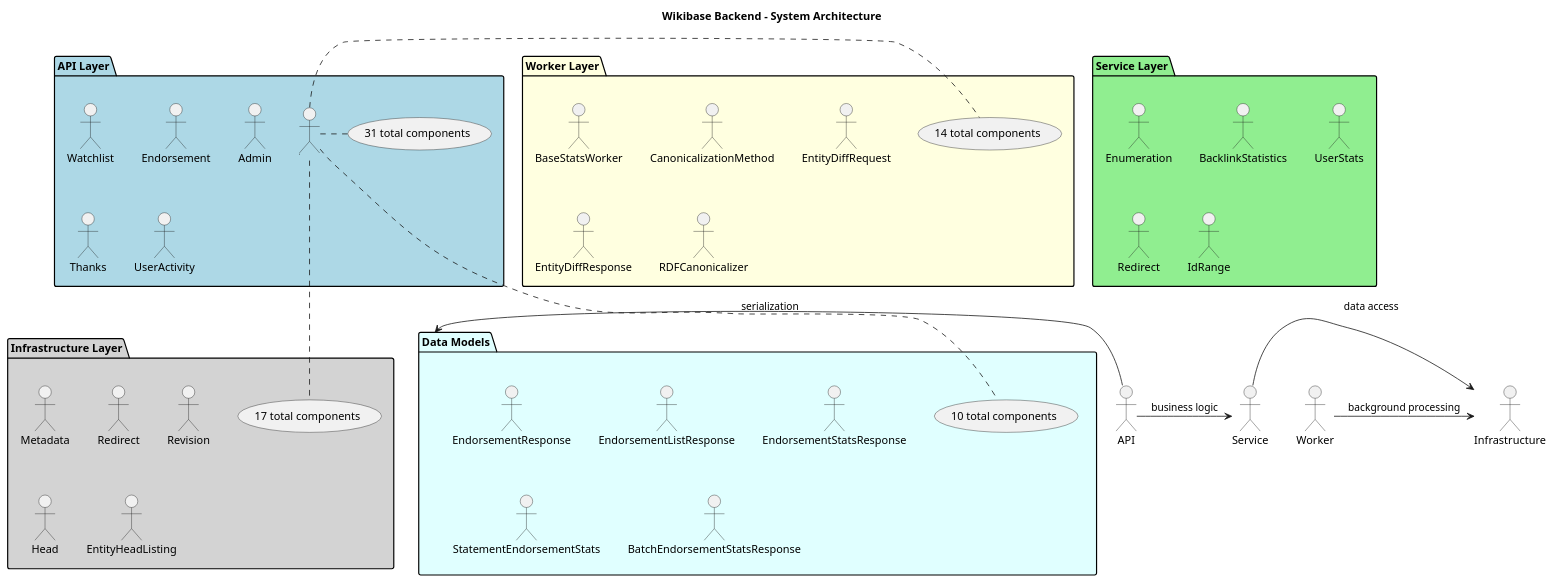
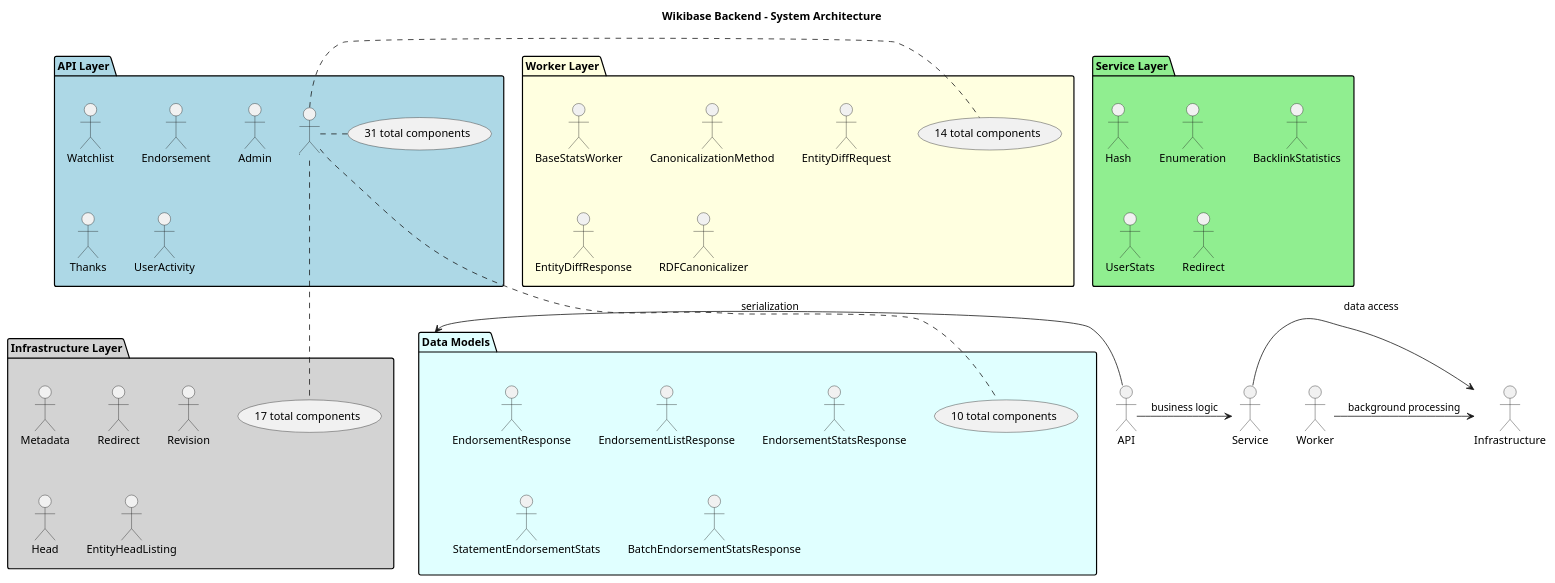
One commit to dpriskorn/entitybase-backend changed the diagram in doc/DIAGRAMS/system_architecture.puml. Above: the diagram before and after it, drawn with PlantUML. The commit also changed 37 other files, not shown here.

```diff
--- a/doc/DIAGRAMS/system_architecture.puml
+++ b/doc/DIAGRAMS/system_architecture.puml
@@ -1,56 +1,56 @@
 @startuml System Architecture
 
 title Wikibase Backend - System Architecture
 
 package "API Layer" as APILayer #LightBlue {
     "Watchlist" as WatchlistHandler
     "Endorsement" as EndorsementHandler
     "Admin" as AdminHandler
     "Thanks" as ThanksHandler
     "UserActivity" as UserActivityHandler
     ... (31 total components)
 }
 
 package "Service Layer" as ServiceLayer #LightGreen {
+    "Hash" as HashService
     "Enumeration" as EnumerationService
     "BacklinkStatistics" as BacklinkStatisticsService
     "UserStats" as UserStatsService
     "Redirect" as RedirectService
-    "IdRange" as IdRange
 }
 
 package "Worker Layer" as WorkerLayer #LightYellow {
     "BaseStatsWorker" as BaseStatsWorker
     "CanonicalizationMethod" as CanonicalizationMethod
     "EntityDiffRequest" as EntityDiffRequest
     "EntityDiffResponse" as EntityDiffResponse
     "RDFCanonicalizer" as RDFCanonicalizer
     ... (14 total components)
 }
 
 package "Infrastructure Layer" as InfrastructureLayer #LightGray {
     "Metadata" as MetadataRepository
     "Redirect" as RedirectRepository
     "Revision" as RevisionRepository
     "Head" as HeadRepository
     "EntityHeadListing" as EntityHeadListing
     ... (17 total components)
 }
 
 package "Data Models" as DataModels #LightCyan {
     "EndorsementResponse" as EndorsementResponse
     "EndorsementListResponse" as EndorsementListResponse
     "EndorsementStatsResponse" as EndorsementStatsResponse
     "StatementEndorsementStats" as StatementEndorsementStats
     "BatchEndorsementStatsResponse" as BatchEndorsementStatsResponse
     ... (10 total components)
 }
 
 
 ' Relationships
 API -> Service : business logic
 Service -> Infrastructure : data access
 Worker -> Infrastructure : background processing
 API -> DataModels : serialization
 
 @enduml
```
